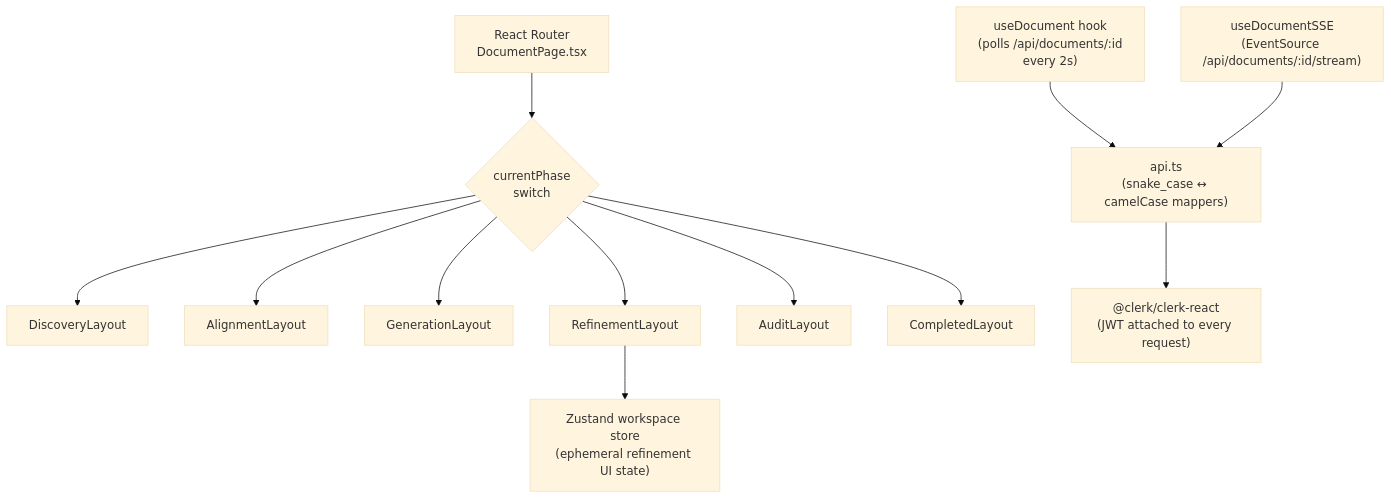
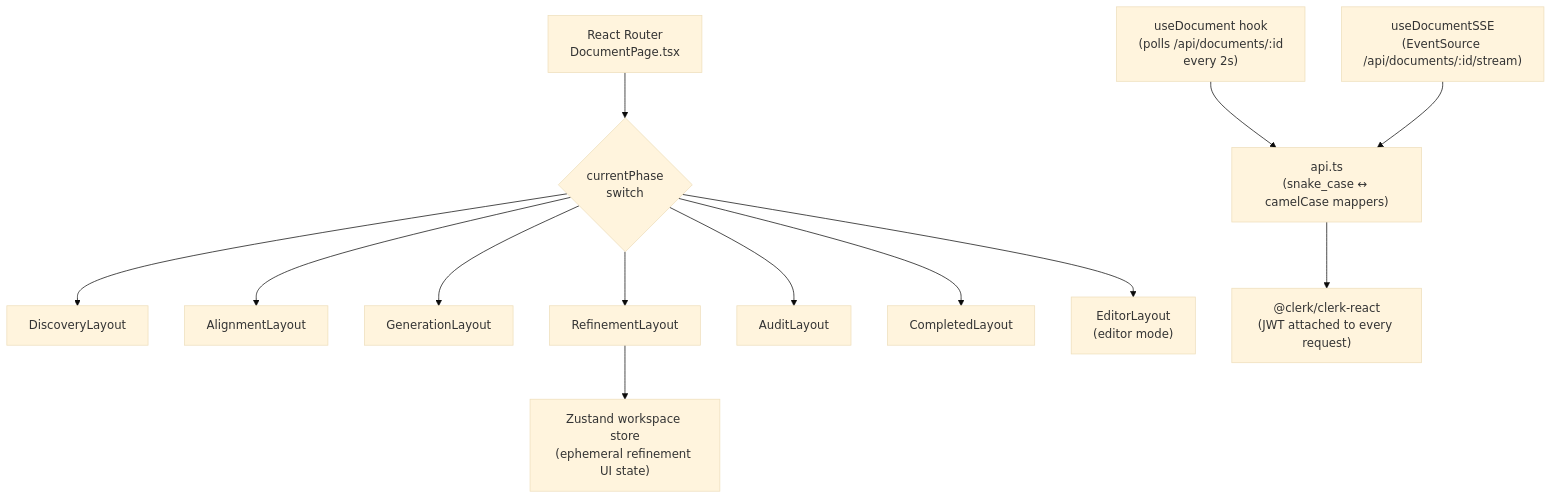
Before and after one commit to maxjneto/doc-forge: the second of 9 diagrams in ARCHITECTURE.md, drawn with Mermaid (base theme). The commit also changed other lines of this file and 1 other file, not shown here.

Commit message:
docs: update README and ARCHITECTURE

````diff
--- a/ARCHITECTURE.md
+++ b/ARCHITECTURE.md
@@ -31,23 +31,24 @@
 ```mermaid
 graph TD
     Router["React Router\nDocumentPage.tsx"]
     Phase{"currentPhase\nswitch"}
     Discovery["DiscoveryLayout"]
     Alignment["AlignmentLayout"]
     Generation["GenerationLayout"]
     Refinement["RefinementLayout"]
     Audit["AuditLayout"]
     Completed["CompletedLayout"]
+    Editor["EditorLayout\n(editor mode)"]
     Hook["useDocument hook\n(polls /api/documents/:id\nevery 2s)"]
     SSE["useDocumentSSE\n(EventSource /api/documents/:id/stream)"]
     Store["Zustand workspace store\n(ephemeral refinement UI state)"]
     API["api.ts\n(snake_case ↔ camelCase mappers)"]
     Clerk2["@clerk/clerk-react\n(JWT attached to every request)"]
 
     Router --> Phase
-    Phase --> Discovery & Alignment & Generation & Refinement & Audit & Completed
+    Phase --> Discovery & Alignment & Generation & Refinement & Audit & Completed & Editor
     Hook --> API
     SSE --> API
     API --> Clerk2
     Refinement --> Store
 ```
````
